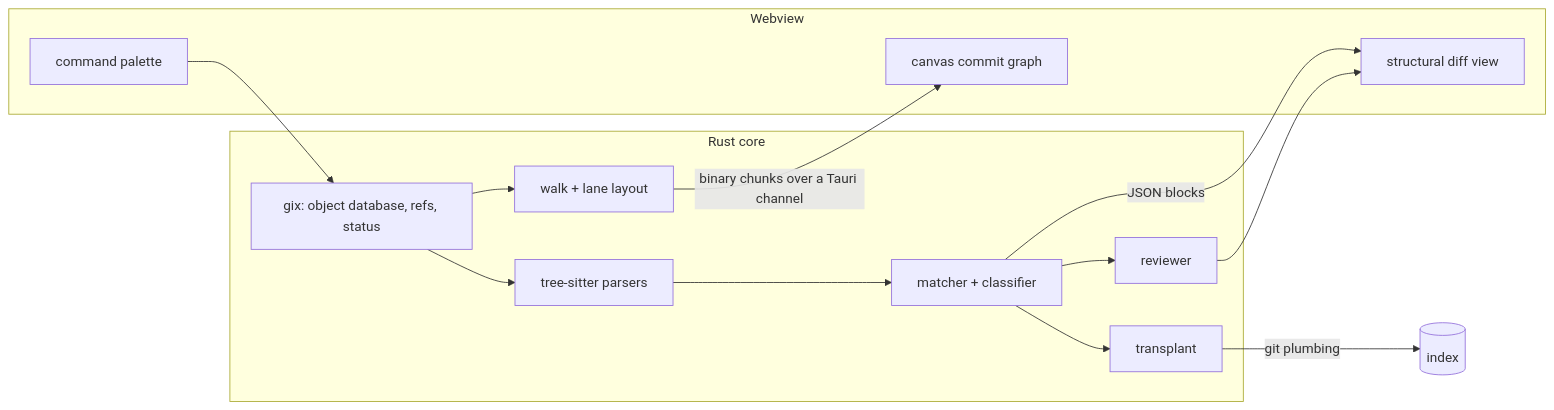
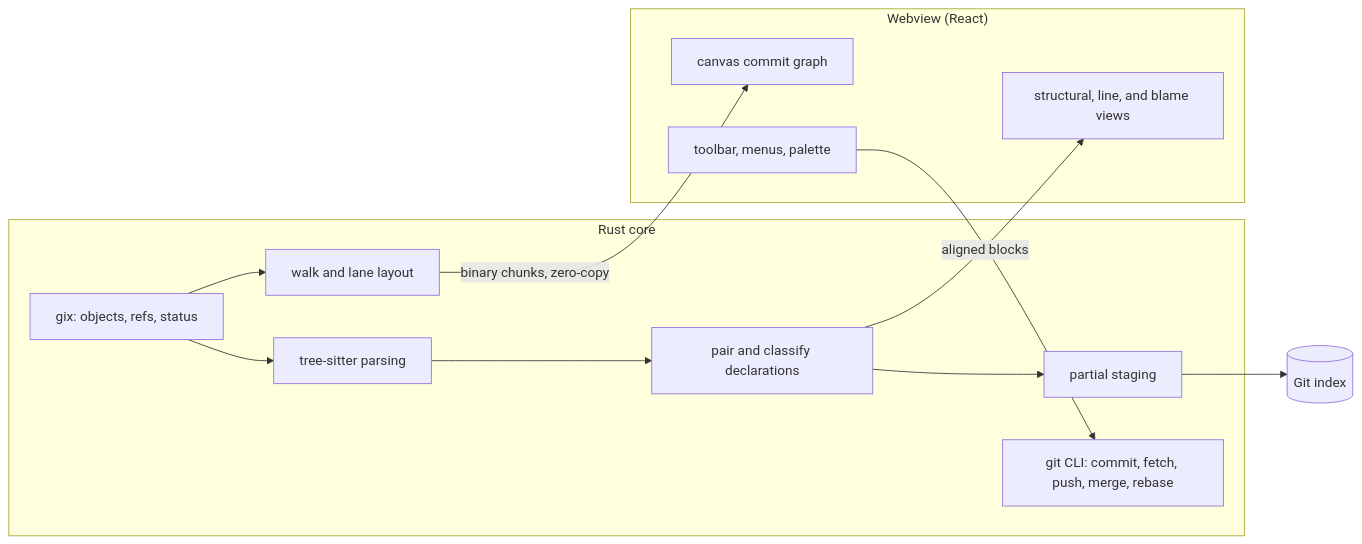
Before and after one commit to Adamska/graft: the first of 2 diagrams in README.md, drawn with Mermaid. The commit also changed other lines of this file and 15 other files, not shown here.

Commit message:
docs: rewrite the readme around a demo, comparisons and benchmark charts

````diff
--- a/README.md
+++ b/README.md
@@ -115,21 +123,18 @@
 ```mermaid
 flowchart LR
-  subgraph Rust core
-    gix[gix: object database, refs, status]
-    walk[walk + lane layout]
-    ts[tree-sitter parsers]
-    match[matcher + classifier]
-    stage[transplant]
-    ai[reviewer]
+  subgraph Rust["Rust core"]
+    gix["gix: objects, refs, status"] --> layout["walk and lane layout"]
+    gix --> parse["tree-sitter parsing"] --> match["pair and classify declarations"]
+    match --> stage["partial staging"]
+    cli["git CLI: commit, fetch, push, merge, rebase"]
   end
-  subgraph Webview
-    canvas[canvas commit graph]
-    diff[structural diff view]
-    palette[command palette]
+  subgraph UI["Webview (React)"]
+    canvas["canvas commit graph"]
+    diff["structural, line, and blame views"]
+    actions["toolbar, menus, palette"]
   end
-  gix --> walk -- binary chunks over a Tauri channel --> canvas
-  gix --> ts --> match -- JSON blocks --> diff
-  match --> stage -- git plumbing --> index[(index)]
-  match --> ai --> diff
-  palette --> gix
+  layout -- "binary chunks, zero-copy" --> canvas
+  match -- "aligned blocks" --> diff
+  actions --> cli
+  stage --> index[("Git index")]
 ```
````
